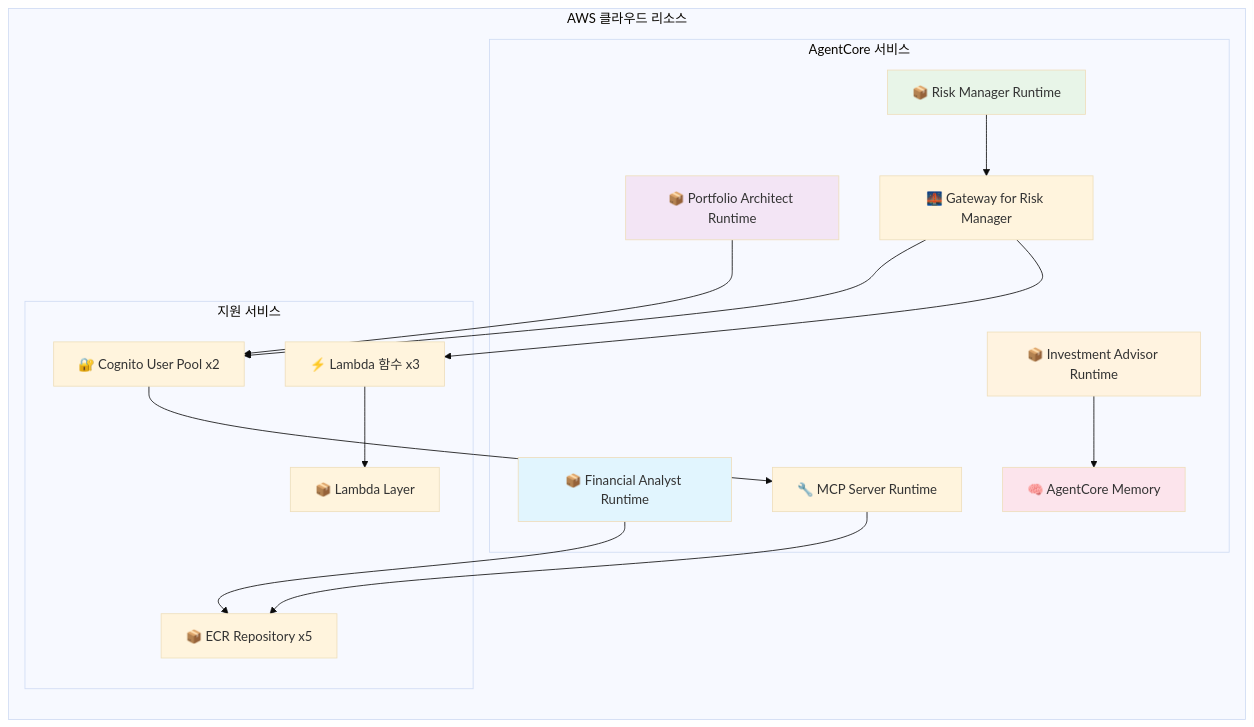
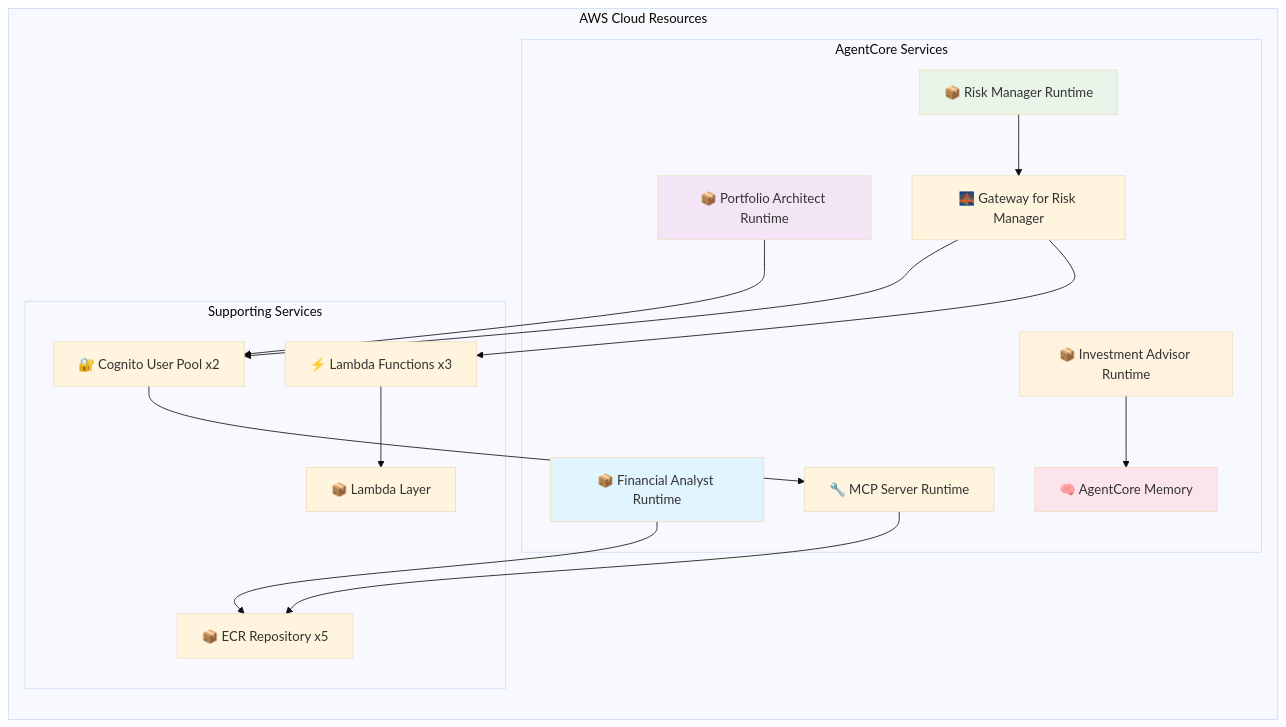
Before and after one commit to ksgsslee/agentic_ai_fund_manager: the diagram in README.md, drawn with Mermaid (base theme). The commit also changed other lines of this file, not shown here.

````diff
--- a/README.md
+++ b/README.md
@@ -298,37 +298,37 @@
 ```mermaid
 graph LR
-    subgraph "AWS 클라우드 리소스"
-        subgraph "AgentCore 서비스"
+    subgraph "AWS Cloud Resources"
+        subgraph "AgentCore Services"
             RT1[📦 Financial Analyst Runtime]
             RT2[📦 Portfolio Architect Runtime]
             RT3[📦 Risk Manager Runtime]
             RT4[📦 Investment Advisor Runtime]
             MCP[🔧 MCP Server Runtime]
             MEM[🧠 AgentCore Memory]
             GW[🌉 Gateway for Risk Manager]
         end
         
-        subgraph "지원 서비스"
-            LAM[⚡ Lambda 함수 x3]
+        subgraph "Supporting Services"
+            LAM[⚡ Lambda Functions x3]
             LAY[📦 Lambda Layer]
             COG[🔐 Cognito User Pool x2]
             ECR[📦 ECR Repository x5]
         end
     end
     
     RT1 --> ECR
     RT2 --> COG
     RT3 --> GW
     RT4 --> MEM
     COG --> MCP
     GW --> COG
     GW --> LAM
     LAM --> LAY
     MCP --> ECR
     
     style RT1 fill:#e1f5fe
     style RT2 fill:#f3e5f5
     style RT3 fill:#e8f5e8
     style RT4 fill:#fff3e0
     style MEM fill:#fce4ec
 ```
````
